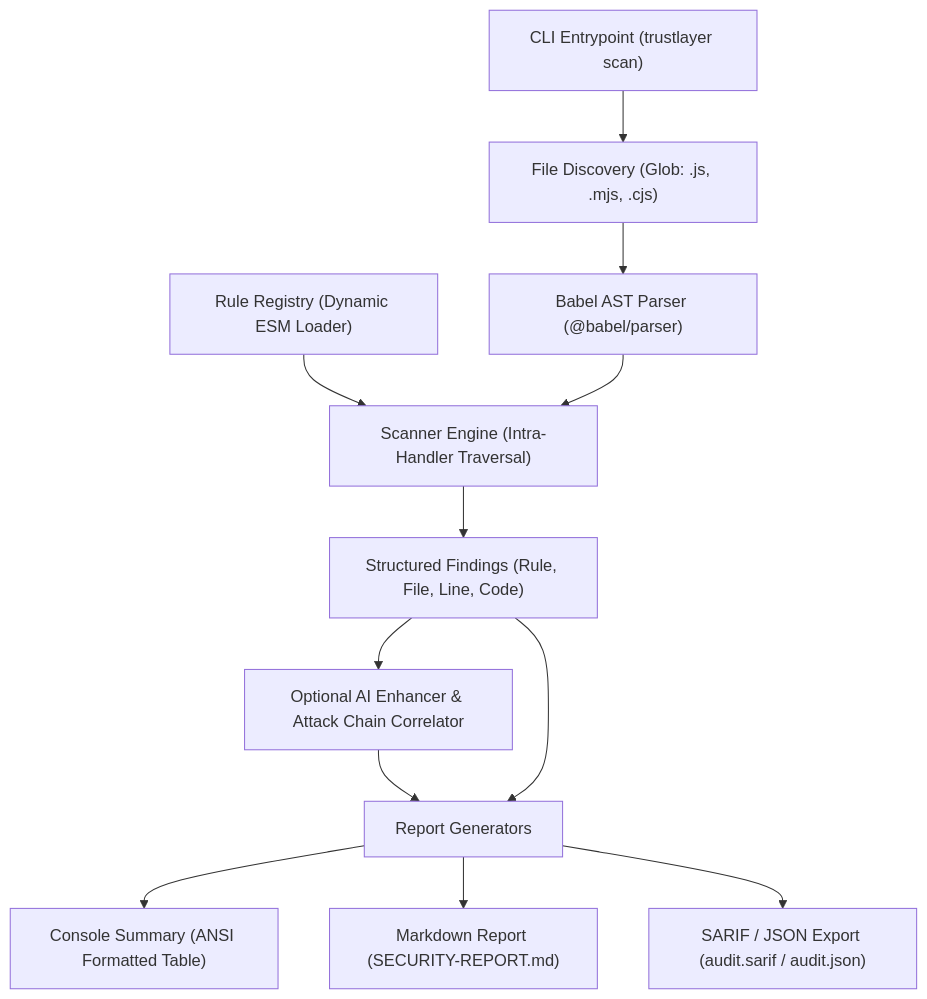
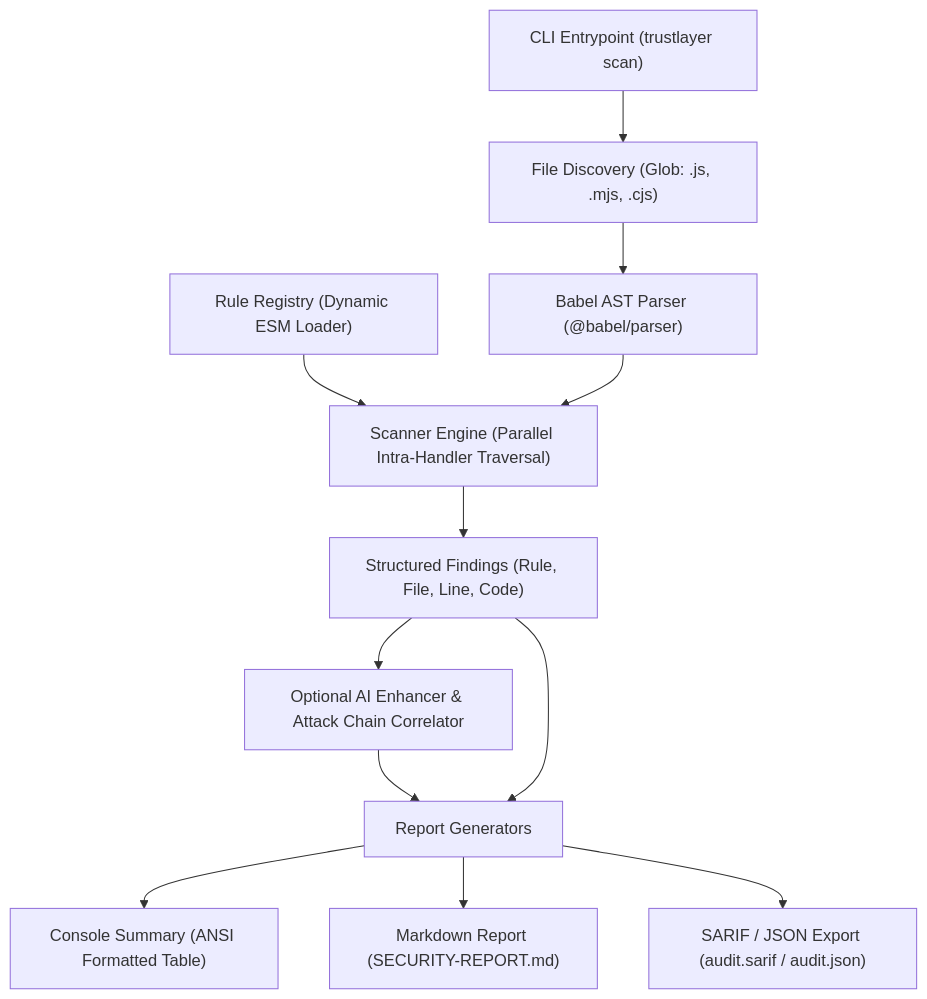
Before and after one commit to AyushSrivastav27/TrustLayer: the diagram in README.md, drawn with Mermaid. The commit also changed other lines of this file and 2 other files, not shown here.

Commit message:
docs: add ASCII banner, Table of Contents, rules portfolio, and Phase 2 roadmap

````diff
--- a/README.md
+++ b/README.md
@@ -47,14 +80,14 @@
 ```mermaid
 graph TD
     A["CLI Entrypoint (trustlayer scan)"] --> B["File Discovery (Glob: .js, .mjs, .cjs)"]
     B --> C["Babel AST Parser (@babel/parser)"]
-    D["Rule Registry (Dynamic ESM Loader)"] --> E["Scanner Engine (Intra-Handler Traversal)"]
+    D["Rule Registry (Dynamic ESM Loader)"] --> E["Scanner Engine (Parallel Intra-Handler Traversal)"]
     C --> E
     E --> F["Structured Findings (Rule, File, Line, Code)"]
     F --> G["Optional AI Enhancer & Attack Chain Correlator"]
     G --> H["Report Generators"]
     F --> H
     H --> I["Console Summary (ANSI Formatted Table)"]
     H --> J["Markdown Report (SECURITY-REPORT.md)"]
     H --> K["SARIF / JSON Export (audit.sarif / audit.json)"]
 ```
````
